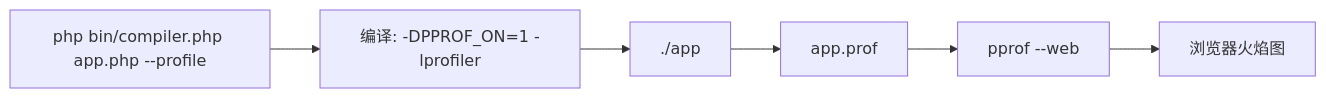
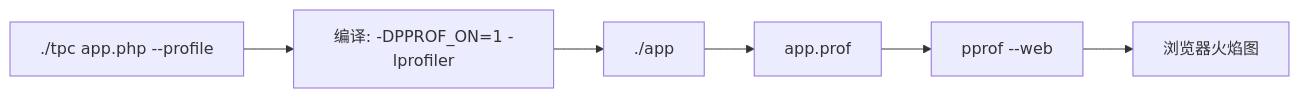
The diagram in profiling.md (swoole/typephp-docs), drawn with Mermaid before and after one commit. The commit also changed other lines of this file and 23 other files, not shown here.

````diff
--- a/profiling.md
+++ b/profiling.md
@@ -93,8 +93,8 @@
 ```mermaid
 graph LR
-    A["php bin/compiler.php app.php --profile"] --> B[编译: -DPPROF_ON=1 -lprofiler]
+    A["./tpc app.php --profile"] --> B[编译: -DPPROF_ON=1 -lprofiler]
     B --> C["./app"]
     C --> D["app.prof"]
     D --> E["pprof --web"]
     E --> F[浏览器火焰图]
 ```
````
